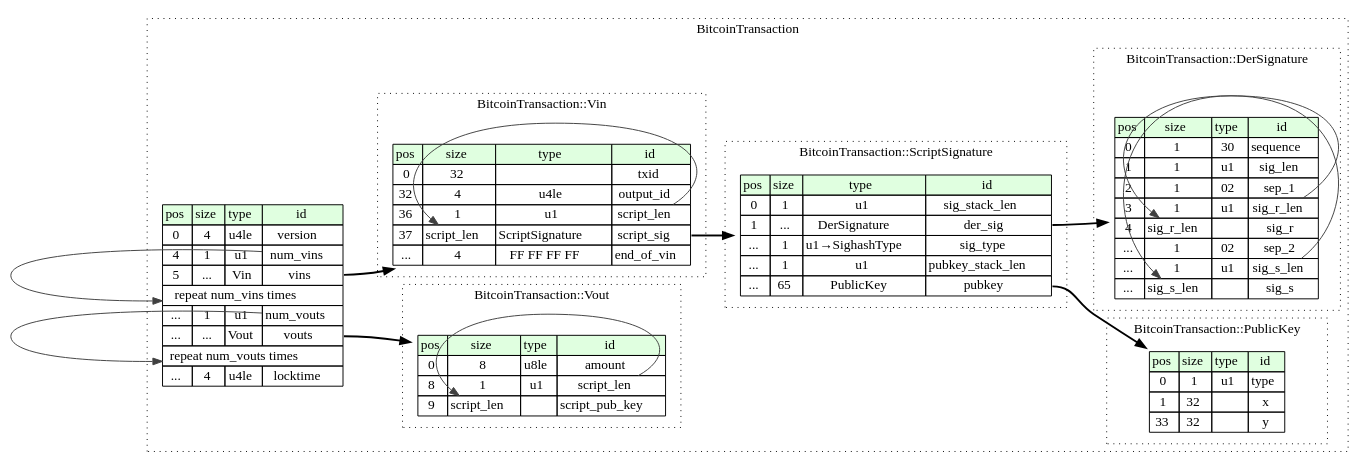
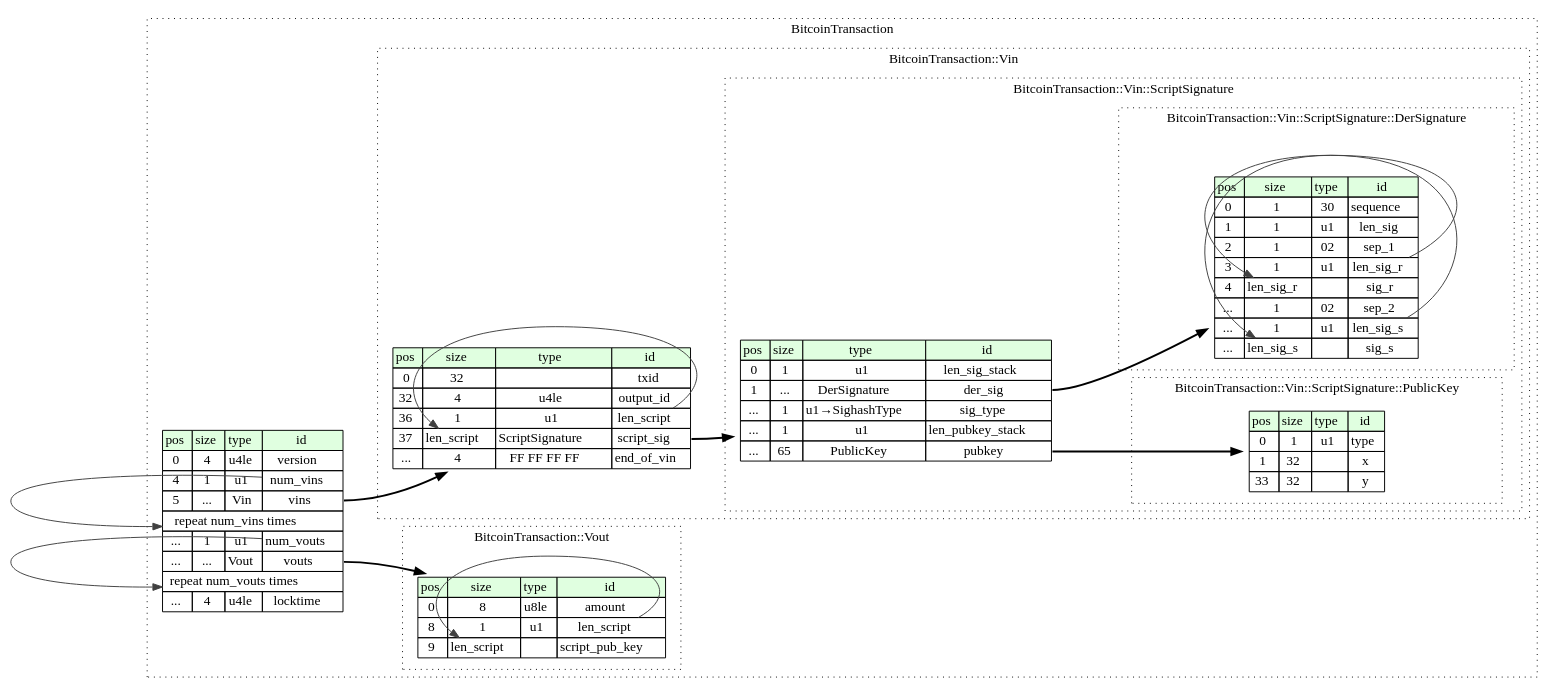
One commit to kaitai-io/formats-kaitai-io.github.io changed the diagram in bitcoin_transaction/src/graphviz/bitcoin_transaction.dot. Above: the diagram before and after it, drawn with Graphviz. The commit also changed 23 other files, not shown here.

```diff
--- a/bitcoin_transaction/src/graphviz/bitcoin_transaction.dot
+++ b/bitcoin_transaction/src/graphviz/bitcoin_transaction.dot
@@ -1,95 +1,95 @@
 digraph {
 	rankdir=LR;
 	node [shape=plaintext];
 	subgraph cluster__bitcoin_transaction {
 		label="BitcoinTransaction";
 		graph[style=dotted];
 
 		bitcoin_transaction__seq [label=<<TABLE BORDER="0" CELLBORDER="1" CELLSPACING="0">
 			<TR><TD BGCOLOR="#E0FFE0">pos</TD><TD BGCOLOR="#E0FFE0">size</TD><TD BGCOLOR="#E0FFE0">type</TD><TD BGCOLOR="#E0FFE0">id</TD></TR>
 			<TR><TD PORT="version_pos">0</TD><TD PORT="version_size">4</TD><TD>u4le</TD><TD PORT="version_type">version</TD></TR>
 			<TR><TD PORT="num_vins_pos">4</TD><TD PORT="num_vins_size">1</TD><TD>u1</TD><TD PORT="num_vins_type">num_vins</TD></TR>
 			<TR><TD PORT="vins_pos">5</TD><TD PORT="vins_size">...</TD><TD>Vin</TD><TD PORT="vins_type">vins</TD></TR>
 			<TR><TD COLSPAN="4" PORT="vins__repeat">repeat num_vins times</TD></TR>
 			<TR><TD PORT="num_vouts_pos">...</TD><TD PORT="num_vouts_size">1</TD><TD>u1</TD><TD PORT="num_vouts_type">num_vouts</TD></TR>
 			<TR><TD PORT="vouts_pos">...</TD><TD PORT="vouts_size">...</TD><TD>Vout</TD><TD PORT="vouts_type">vouts</TD></TR>
 			<TR><TD COLSPAN="4" PORT="vouts__repeat">repeat num_vouts times</TD></TR>
 			<TR><TD PORT="locktime_pos">...</TD><TD PORT="locktime_size">4</TD><TD>u4le</TD><TD PORT="locktime_type">locktime</TD></TR>
 		</TABLE>>];
-		subgraph cluster__vout {
-			label="BitcoinTransaction::Vout";
-			graph[style=dotted];
-
-			vout__seq [label=<<TABLE BORDER="0" CELLBORDER="1" CELLSPACING="0">
-				<TR><TD BGCOLOR="#E0FFE0">pos</TD><TD BGCOLOR="#E0FFE0">size</TD><TD BGCOLOR="#E0FFE0">type</TD><TD BGCOLOR="#E0FFE0">id</TD></TR>
-				<TR><TD PORT="amount_pos">0</TD><TD PORT="amount_size">8</TD><TD>u8le</TD><TD PORT="amount_type">amount</TD></TR>
-				<TR><TD PORT="script_len_pos">8</TD><TD PORT="script_len_size">1</TD><TD>u1</TD><TD PORT="script_len_type">script_len</TD></TR>
-				<TR><TD PORT="script_pub_key_pos">9</TD><TD PORT="script_pub_key_size">script_len</TD><TD></TD><TD PORT="script_pub_key_type">script_pub_key</TD></TR>
-			</TABLE>>];
-		}
-		subgraph cluster__public_key {
-			label="BitcoinTransaction::PublicKey";
-			graph[style=dotted];
-
-			public_key__seq [label=<<TABLE BORDER="0" CELLBORDER="1" CELLSPACING="0">
-				<TR><TD BGCOLOR="#E0FFE0">pos</TD><TD BGCOLOR="#E0FFE0">size</TD><TD BGCOLOR="#E0FFE0">type</TD><TD BGCOLOR="#E0FFE0">id</TD></TR>
-				<TR><TD PORT="type_pos">0</TD><TD PORT="type_size">1</TD><TD>u1</TD><TD PORT="type_type">type</TD></TR>
-				<TR><TD PORT="x_pos">1</TD><TD PORT="x_size">32</TD><TD></TD><TD PORT="x_type">x</TD></TR>
-				<TR><TD PORT="y_pos">33</TD><TD PORT="y_size">32</TD><TD></TD><TD PORT="y_type">y</TD></TR>
-			</TABLE>>];
-		}
 		subgraph cluster__vin {
 			label="BitcoinTransaction::Vin";
 			graph[style=dotted];
 
 			vin__seq [label=<<TABLE BORDER="0" CELLBORDER="1" CELLSPACING="0">
 				<TR><TD BGCOLOR="#E0FFE0">pos</TD><TD BGCOLOR="#E0FFE0">size</TD><TD BGCOLOR="#E0FFE0">type</TD><TD BGCOLOR="#E0FFE0">id</TD></TR>
 				<TR><TD PORT="txid_pos">0</TD><TD PORT="txid_size">32</TD><TD></TD><TD PORT="txid_type">txid</TD></TR>
 				<TR><TD PORT="output_id_pos">32</TD><TD PORT="output_id_size">4</TD><TD>u4le</TD><TD PORT="output_id_type">output_id</TD></TR>
-				<TR><TD PORT="script_len_pos">36</TD><TD PORT="script_len_size">1</TD><TD>u1</TD><TD PORT="script_len_type">script_len</TD></TR>
-				<TR><TD PORT="script_sig_pos">37</TD><TD PORT="script_sig_size">script_len</TD><TD>ScriptSignature</TD><TD PORT="script_sig_type">script_sig</TD></TR>
+				<TR><TD PORT="len_script_pos">36</TD><TD PORT="len_script_size">1</TD><TD>u1</TD><TD PORT="len_script_type">len_script</TD></TR>
+				<TR><TD PORT="script_sig_pos">37</TD><TD PORT="script_sig_size">len_script</TD><TD>ScriptSignature</TD><TD PORT="script_sig_type">script_sig</TD></TR>
 				<TR><TD PORT="end_of_vin_pos">...</TD><TD PORT="end_of_vin_size">4</TD><TD>FF FF FF FF</TD><TD PORT="end_of_vin_type">end_of_vin</TD></TR>
 			</TABLE>>];
+			subgraph cluster__script_signature {
+				label="BitcoinTransaction::Vin::ScriptSignature";
+				graph[style=dotted];
+
+				script_signature__seq [label=<<TABLE BORDER="0" CELLBORDER="1" CELLSPACING="0">
+					<TR><TD BGCOLOR="#E0FFE0">pos</TD><TD BGCOLOR="#E0FFE0">size</TD><TD BGCOLOR="#E0FFE0">type</TD><TD BGCOLOR="#E0FFE0">id</TD></TR>
+					<TR><TD PORT="len_sig_stack_pos">0</TD><TD PORT="len_sig_stack_size">1</TD><TD>u1</TD><TD PORT="len_sig_stack_type">len_sig_stack</TD></TR>
+					<TR><TD PORT="der_sig_pos">1</TD><TD PORT="der_sig_size">...</TD><TD>DerSignature</TD><TD PORT="der_sig_type">der_sig</TD></TR>
+					<TR><TD PORT="sig_type_pos">...</TD><TD PORT="sig_type_size">1</TD><TD>u1→SighashType</TD><TD PORT="sig_type_type">sig_type</TD></TR>
+					<TR><TD PORT="len_pubkey_stack_pos">...</TD><TD PORT="len_pubkey_stack_size">1</TD><TD>u1</TD><TD PORT="len_pubkey_stack_type">len_pubkey_stack</TD></TR>
+					<TR><TD PORT="pubkey_pos">...</TD><TD PORT="pubkey_size">65</TD><TD>PublicKey</TD><TD PORT="pubkey_type">pubkey</TD></TR>
+				</TABLE>>];
+				subgraph cluster__der_signature {
+					label="BitcoinTransaction::Vin::ScriptSignature::DerSignature";
+					graph[style=dotted];
+
+					der_signature__seq [label=<<TABLE BORDER="0" CELLBORDER="1" CELLSPACING="0">
+						<TR><TD BGCOLOR="#E0FFE0">pos</TD><TD BGCOLOR="#E0FFE0">size</TD><TD BGCOLOR="#E0FFE0">type</TD><TD BGCOLOR="#E0FFE0">id</TD></TR>
+						<TR><TD PORT="sequence_pos">0</TD><TD PORT="sequence_size">1</TD><TD>30</TD><TD PORT="sequence_type">sequence</TD></TR>
+						<TR><TD PORT="len_sig_pos">1</TD><TD PORT="len_sig_size">1</TD><TD>u1</TD><TD PORT="len_sig_type">len_sig</TD></TR>
+						<TR><TD PORT="sep_1_pos">2</TD><TD PORT="sep_1_size">1</TD><TD>02</TD><TD PORT="sep_1_type">sep_1</TD></TR>
+						<TR><TD PORT="len_sig_r_pos">3</TD><TD PORT="len_sig_r_size">1</TD><TD>u1</TD><TD PORT="len_sig_r_type">len_sig_r</TD></TR>
+						<TR><TD PORT="sig_r_pos">4</TD><TD PORT="sig_r_size">len_sig_r</TD><TD></TD><TD PORT="sig_r_type">sig_r</TD></TR>
+						<TR><TD PORT="sep_2_pos">...</TD><TD PORT="sep_2_size">1</TD><TD>02</TD><TD PORT="sep_2_type">sep_2</TD></TR>
+						<TR><TD PORT="len_sig_s_pos">...</TD><TD PORT="len_sig_s_size">1</TD><TD>u1</TD><TD PORT="len_sig_s_type">len_sig_s</TD></TR>
+						<TR><TD PORT="sig_s_pos">...</TD><TD PORT="sig_s_size">len_sig_s</TD><TD></TD><TD PORT="sig_s_type">sig_s</TD></TR>
+					</TABLE>>];
+				}
+				subgraph cluster__public_key {
+					label="BitcoinTransaction::Vin::ScriptSignature::PublicKey";
+					graph[style=dotted];
+
+					public_key__seq [label=<<TABLE BORDER="0" CELLBORDER="1" CELLSPACING="0">
+						<TR><TD BGCOLOR="#E0FFE0">pos</TD><TD BGCOLOR="#E0FFE0">size</TD><TD BGCOLOR="#E0FFE0">type</TD><TD BGCOLOR="#E0FFE0">id</TD></TR>
+						<TR><TD PORT="type_pos">0</TD><TD PORT="type_size">1</TD><TD>u1</TD><TD PORT="type_type">type</TD></TR>
+						<TR><TD PORT="x_pos">1</TD><TD PORT="x_size">32</TD><TD></TD><TD PORT="x_type">x</TD></TR>
+						<TR><TD PORT="y_pos">33</TD><TD PORT="y_size">32</TD><TD></TD><TD PORT="y_type">y</TD></TR>
+					</TABLE>>];
+				}
+			}
 		}
-		subgraph cluster__script_signature {
-			label="BitcoinTransaction::ScriptSignature";
+		subgraph cluster__vout {
+			label="BitcoinTransaction::Vout";
 			graph[style=dotted];
 
-			script_signature__seq [label=<<TABLE BORDER="0" CELLBORDER="1" CELLSPACING="0">
+			vout__seq [label=<<TABLE BORDER="0" CELLBORDER="1" CELLSPACING="0">
 				<TR><TD BGCOLOR="#E0FFE0">pos</TD><TD BGCOLOR="#E0FFE0">size</TD><TD BGCOLOR="#E0FFE0">type</TD><TD BGCOLOR="#E0FFE0">id</TD></TR>
-				<TR><TD PORT="sig_stack_len_pos">0</TD><TD PORT="sig_stack_len_size">1</TD><TD>u1</TD><TD PORT="sig_stack_len_type">sig_stack_len</TD></TR>
-				<TR><TD PORT="der_sig_pos">1</TD><TD PORT="der_sig_size">...</TD><TD>DerSignature</TD><TD PORT="der_sig_type">der_sig</TD></TR>
-				<TR><TD PORT="sig_type_pos">...</TD><TD PORT="sig_type_size">1</TD><TD>u1→SighashType</TD><TD PORT="sig_type_type">sig_type</TD></TR>
-				<TR><TD PORT="pubkey_stack_len_pos">...</TD><TD PORT="pubkey_stack_len_size">1</TD><TD>u1</TD><TD PORT="pubkey_stack_len_type">pubkey_stack_len</TD></TR>
-				<TR><TD PORT="pubkey_pos">...</TD><TD PORT="pubkey_size">65</TD><TD>PublicKey</TD><TD PORT="pubkey_type">pubkey</TD></TR>
-			</TABLE>>];
-		}
-		subgraph cluster__der_signature {
-			label="BitcoinTransaction::DerSignature";
-			graph[style=dotted];
-
-			der_signature__seq [label=<<TABLE BORDER="0" CELLBORDER="1" CELLSPACING="0">
-				<TR><TD BGCOLOR="#E0FFE0">pos</TD><TD BGCOLOR="#E0FFE0">size</TD><TD BGCOLOR="#E0FFE0">type</TD><TD BGCOLOR="#E0FFE0">id</TD></TR>
-				<TR><TD PORT="sequence_pos">0</TD><TD PORT="sequence_size">1</TD><TD>30</TD><TD PORT="sequence_type">sequence</TD></TR>
-				<TR><TD PORT="sig_len_pos">1</TD><TD PORT="sig_len_size">1</TD><TD>u1</TD><TD PORT="sig_len_type">sig_len</TD></TR>
-				<TR><TD PORT="sep_1_pos">2</TD><TD PORT="sep_1_size">1</TD><TD>02</TD><TD PORT="sep_1_type">sep_1</TD></TR>
-				<TR><TD PORT="sig_r_len_pos">3</TD><TD PORT="sig_r_len_size">1</TD><TD>u1</TD><TD PORT="sig_r_len_type">sig_r_len</TD></TR>
-				<TR><TD PORT="sig_r_pos">4</TD><TD PORT="sig_r_size">sig_r_len</TD><TD></TD><TD PORT="sig_r_type">sig_r</TD></TR>
-				<TR><TD PORT="sep_2_pos">...</TD><TD PORT="sep_2_size">1</TD><TD>02</TD><TD PORT="sep_2_type">sep_2</TD></TR>
-				<TR><TD PORT="sig_s_len_pos">...</TD><TD PORT="sig_s_len_size">1</TD><TD>u1</TD><TD PORT="sig_s_len_type">sig_s_len</TD></TR>
-				<TR><TD PORT="sig_s_pos">...</TD><TD PORT="sig_s_size">sig_s_len</TD><TD></TD><TD PORT="sig_s_type">sig_s</TD></TR>
+				<TR><TD PORT="amount_pos">0</TD><TD PORT="amount_size">8</TD><TD>u8le</TD><TD PORT="amount_type">amount</TD></TR>
+				<TR><TD PORT="len_script_pos">8</TD><TD PORT="len_script_size">1</TD><TD>u1</TD><TD PORT="len_script_type">len_script</TD></TR>
+				<TR><TD PORT="script_pub_key_pos">9</TD><TD PORT="script_pub_key_size">len_script</TD><TD></TD><TD PORT="script_pub_key_type">script_pub_key</TD></TR>
 			</TABLE>>];
 		}
 	}
 	bitcoin_transaction__seq:vins_type -> vin__seq [style=bold];
 	bitcoin_transaction__seq:num_vins_type -> bitcoin_transaction__seq:vins__repeat [color="#404040"];
 	bitcoin_transaction__seq:vouts_type -> vout__seq [style=bold];
 	bitcoin_transaction__seq:num_vouts_type -> bitcoin_transaction__seq:vouts__repeat [color="#404040"];
-	vout__seq:script_len_type -> vout__seq:script_pub_key_size [color="#404040"];
-	vin__seq:script_len_type -> vin__seq:script_sig_size [color="#404040"];
+	vin__seq:len_script_type -> vin__seq:script_sig_size [color="#404040"];
 	vin__seq:script_sig_type -> script_signature__seq [style=bold];
 	script_signature__seq:der_sig_type -> der_signature__seq [style=bold];
 	script_signature__seq:pubkey_type -> public_key__seq [style=bold];
-	der_signature__seq:sig_r_len_type -> der_signature__seq:sig_r_size [color="#404040"];
-	der_signature__seq:sig_s_len_type -> der_signature__seq:sig_s_size [color="#404040"];
+	der_signature__seq:len_sig_r_type -> der_signature__seq:sig_r_size [color="#404040"];
+	der_signature__seq:len_sig_s_type -> der_signature__seq:sig_s_size [color="#404040"];
+	vout__seq:len_script_type -> vout__seq:script_pub_key_size [color="#404040"];
 }
```
